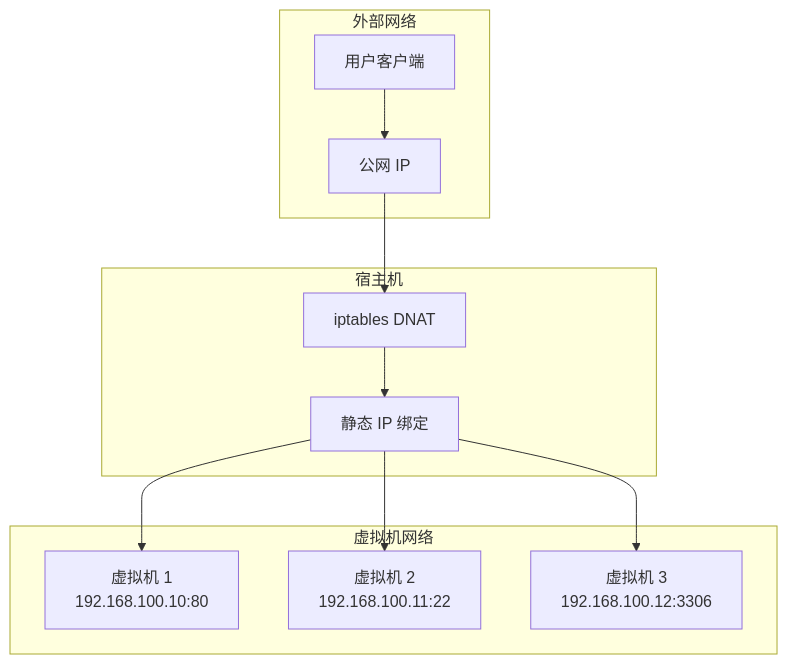
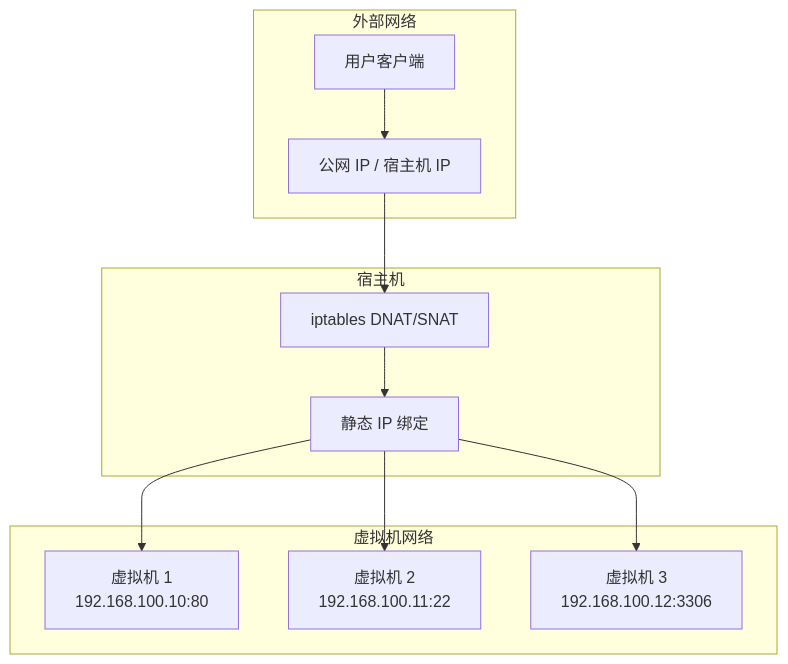
The first of 2 diagrams in docs/network/port-forward.mdx (QVMConsole/docs), drawn with Mermaid before and after one commit. The commit also changed other lines of this file and 37 other files, not shown here.

````diff
--- a/docs/network/port-forward.mdx
+++ b/docs/network/port-forward.mdx
@@ -13,25 +13,25 @@
 ```mermaid
 graph TB
     subgraph "外部网络"
         USER[用户客户端]
-        PUB_IP[公网 IP]
+        PUB_IP[公网 IP / 宿主机 IP]
     end
-    
+
     subgraph "宿主机"
-        IPT[iptables DNAT]
+        IPT[iptables DNAT/SNAT]
         STATIC[静态 IP 绑定]
     end
-    
+
     subgraph "虚拟机网络"
         VM1[虚拟机 1<br/>192.168.100.10:80]
         VM2[虚拟机 2<br/>192.168.100.11:22]
         VM3[虚拟机 3<br/>192.168.100.12:3306]
     end
-    
+
     USER --> PUB_IP
     PUB_IP --> IPT
     IPT --> STATIC
     STATIC --> VM1
     STATIC --> VM2
     STATIC --> VM3
 ```
````
